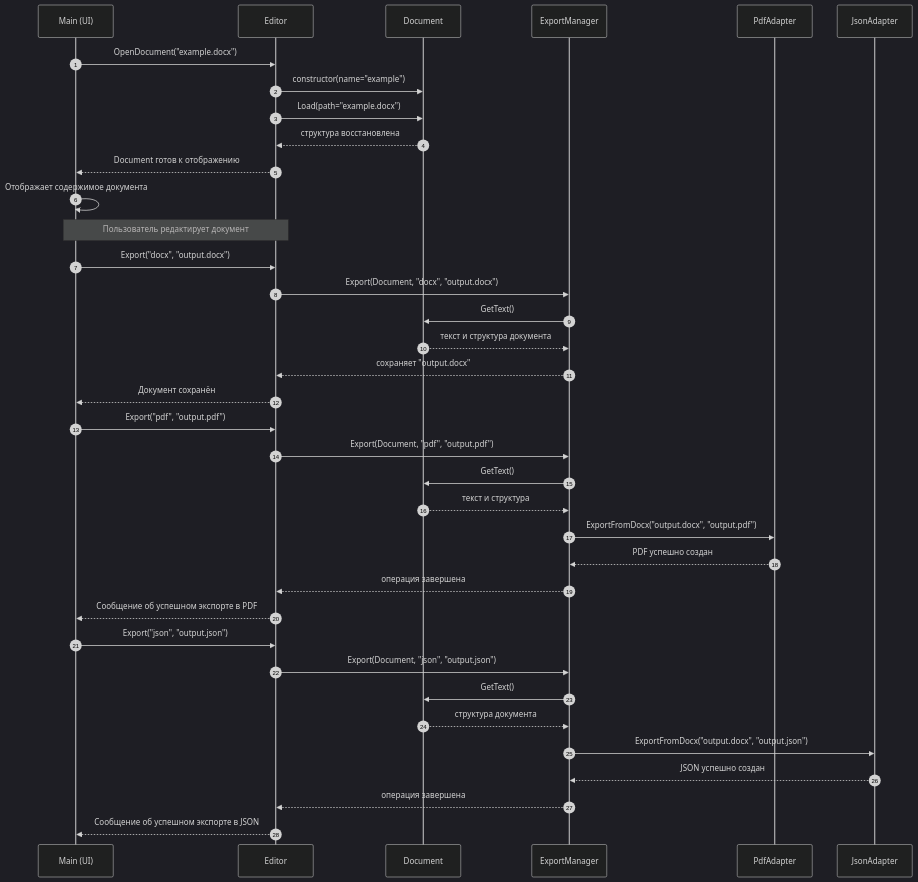
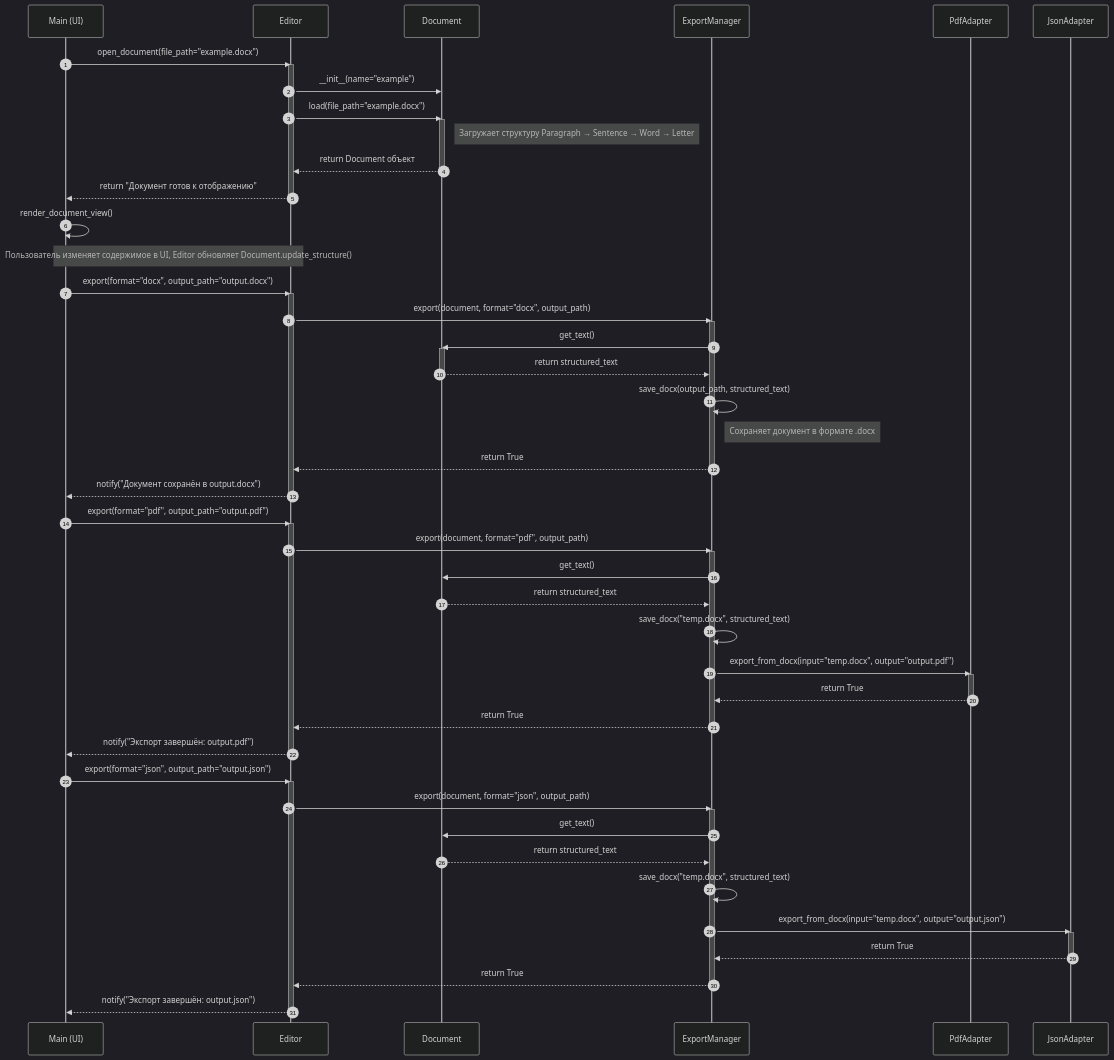
The diagram in Документация/Сценарии использования/02-Открытие, сохранение файла/Диаграмма последовательности Открытие, сохранение.md (penamarth/bsbo-03-23_team6_var11_textedit), drawn with Mermaid (dark theme) before and after one commit.

Commit message:
Update Диаграмма последовательности Открытие, сохранение.md

````diff
--- a/Документация/Сценарии использования/02-Открытие, сохранение файла/Диаграмма последовательности Открытие, сохранение.md
+++ b/Документация/Сценарии использования/02-Открытие, сохранение файла/Диаграмма последовательности Открытие, сохранение.md
@@ -2,52 +2,81 @@
 ``` mermaid
 
 sequenceDiagram
     autonumber
     participant Main as Main (UI)
     participant Editor as Editor
     participant Document as Document
     participant ExportManager as ExportManager
     participant PdfAdapter as PdfAdapter
     participant JsonAdapter as JsonAdapter
 
     %% === ОТКРЫТИЕ ДОКУМЕНТА ===
-    Main->>Editor: OpenDocument("example.docx")
-    Editor->>Document: constructor(name="example")
-    Editor->>Document: Load(path="example.docx")
-    Document-->>Editor: структура восстановлена
-    Editor-->>Main: Document готов к отображению
-    Main->>Main: Отображает содержимое документа
+    Main->>Editor: open_document(file_path="example.docx")
+    activate Editor
+    Editor->>Document: __init__(name="example")
+    Editor->>Document: load(file_path="example.docx")
+    activate Document
+    Note right of Document: Загружает структуру Paragraph → Sentence → Word → Letter
+    Document-->>Editor: return Document объект
+    deactivate Document
+    Editor-->>Main: return "Документ готов к отображению"
+    deactivate Editor
+    Main->>Main: render_document_view()
 
-    %% === ИЗМЕНЕНИЕ ===
-    Note over Main,Editor: Пользователь редактирует документ
+    %% === РЕДАКТИРОВАНИЕ ===
+    Note over Main,Editor: Пользователь изменяет содержимое в UI, Editor обновляет Document.update_structure()
 
     %% === СОХРАНЕНИЕ В DOCX ===
-    Main->>Editor: Export("docx", "output.docx")
-    Editor->>ExportManager: Export(Document, "docx", "output.docx")
-    ExportManager->>Document: GetText()
-    Document-->>ExportManager: текст и структура документа
-    ExportManager-->>Editor: сохраняет "output.docx"
-    Editor-->>Main: Документ сохранён
+    Main->>Editor: export(format="docx", output_path="output.docx")
+    activate Editor
+    Editor->>ExportManager: export(document, format="docx", output_path)
+    activate ExportManager
+    ExportManager->>Document: get_text()
+    activate Document
+    Document-->>ExportManager: return structured_text
+    deactivate Document
+    ExportManager->>ExportManager: save_docx(output_path, structured_text)
+    Note right of ExportManager: Сохраняет документ в формате .docx
+    ExportManager-->>Editor: return True
+    deactivate ExportManager
+    Editor-->>Main: notify("Документ сохранён в output.docx")
+    deactivate Editor
 
     %% === ЭКСПОРТ В PDF ===
-    Main->>Editor: Export("pdf", "output.pdf")
-    Editor->>ExportManager: Export(Document, "pdf", "output.pdf")
-    ExportManager->>Document: GetText()
-    Document-->>ExportManager: текст и структура
-    ExportManager->>PdfAdapter: ExportFromDocx("output.docx", "output.pdf")
-    PdfAdapter-->>ExportManager: PDF успешно создан
-    ExportManager-->>Editor: операция завершена
-    Editor-->>Main: Сообщение об успешном экспорте в PDF
+    Main->>Editor: export(format="pdf", output_path="output.pdf")
+    activate Editor
+    Editor->>ExportManager: export(document, format="pdf", output_path)
+    activate ExportManager
+    ExportManager->>Document: get_text()
+    Document-->>ExportManager: return structured_text
+    ExportManager->>ExportManager: save_docx("temp.docx", structured_text)
+    ExportManager->>PdfAdapter: export_from_docx(input="temp.docx", output="output.pdf")
+    activate PdfAdapter
+    PdfAdapter-->>ExportManager: return True
+    deactivate PdfAdapter
+    ExportManager-->>Editor: return True
+    deactivate ExportManager
+    Editor-->>Main: notify("Экспорт завершён: output.pdf")
+    deactivate Editor
 
     %% === ЭКСПОРТ В JSON ===
-    Main->>Editor: Export("json", "output.json")
-    Editor->>ExportManager: Export(Document, "json", "output.json")
-    ExportManager->>Document: GetText()
-    Document-->>ExportManager: структура документа
-    ExportManager->>JsonAdapter: ExportFromDocx("output.docx", "output.json")
-    JsonAdapter-->>ExportManager: JSON успешно создан
-    ExportManager-->>Editor: операция завершена
-    Editor-->>Main: Сообщение об успешном экспорте в JSON
+    Main->>Editor: export(format="json", output_path="output.json")
+    activate Editor
+    Editor->>ExportManager: export(document, format="json", output_path)
+    activate ExportManager
+    ExportManager->>Document: get_text()
+    Document-->>ExportManager: return structured_text
+    ExportManager->>ExportManager: save_docx("temp.docx", structured_text)
+    ExportManager->>JsonAdapter: export_from_docx(input="temp.docx", output="output.json")
+    activate JsonAdapter
+    JsonAdapter-->>ExportManager: return True
+    deactivate JsonAdapter
+    ExportManager-->>Editor: return True
+    deactivate ExportManager
+    Editor-->>Main: notify("Экспорт завершён: output.json")
+    deactivate Editor
+
+
 
 
 ```
````
